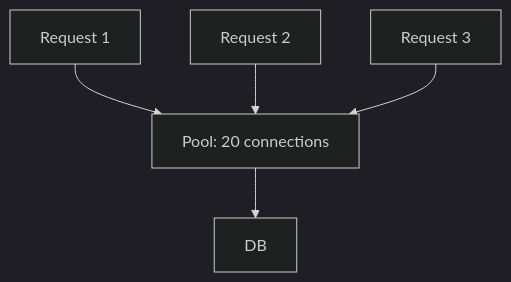
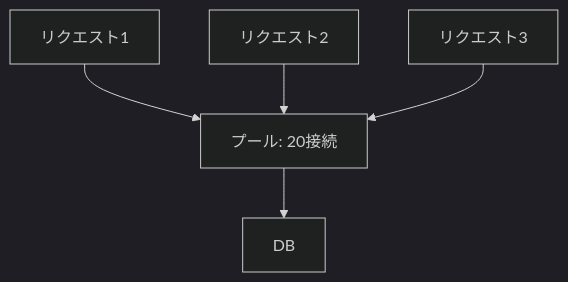
The second of 3 diagrams in src/content/docs/06-operations/17-application-operations.md (hirunebot/database-systems-book), drawn with Mermaid (dark theme) before and after one commit. The commit also changed other lines of this file and 42 other files, not shown here.

````diff
--- a/src/content/docs/06-operations/17-application-operations.md
+++ b/src/content/docs/06-operations/17-application-operations.md
@@ -66,7 +66,7 @@
 ```mermaid
 flowchart TB
-    R1["Request 1"] --> P["Pool: 20 connections"]
-    R2["Request 2"] --> P
-    R3["Request 3"] --> P
+    R1["リクエスト1"] --> P["プール: 20接続"]
+    R2["リクエスト2"] --> P
+    R3["リクエスト3"] --> P
     P --> DB["DB"]
 ```
````
